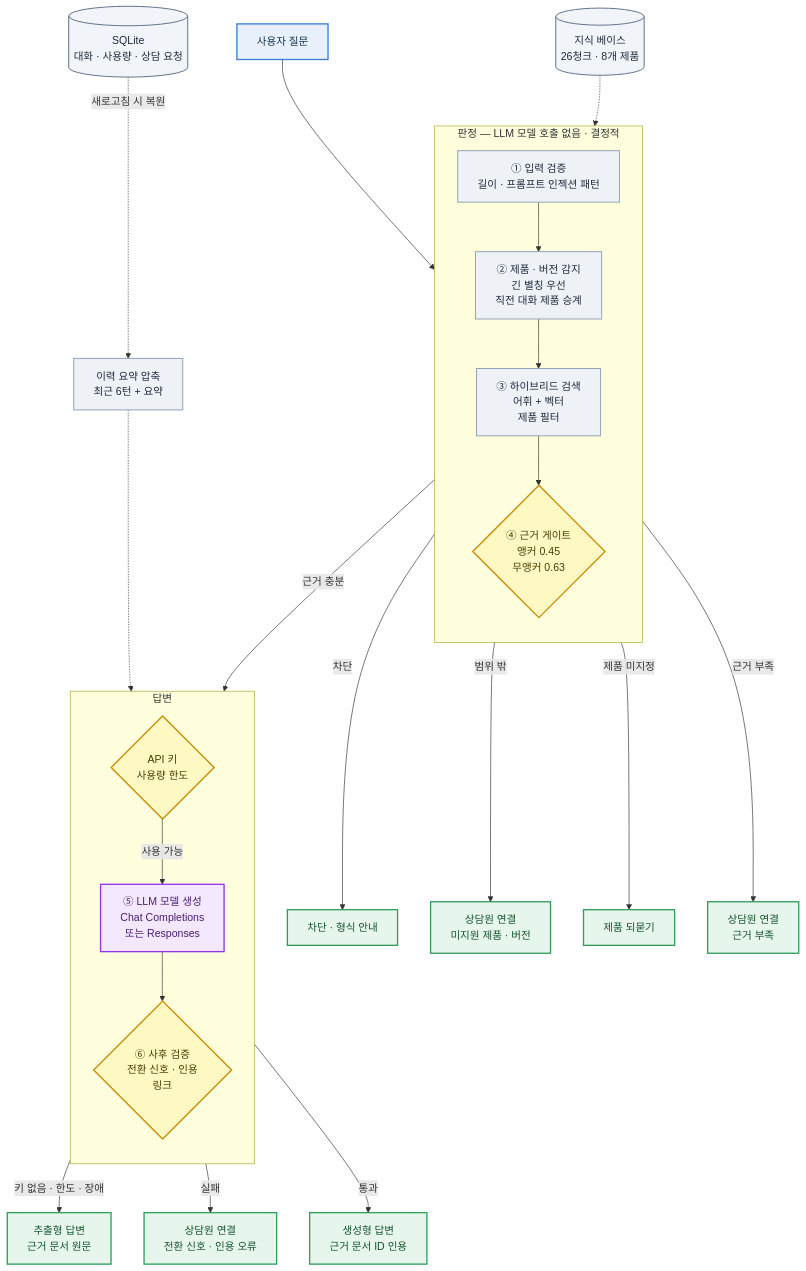
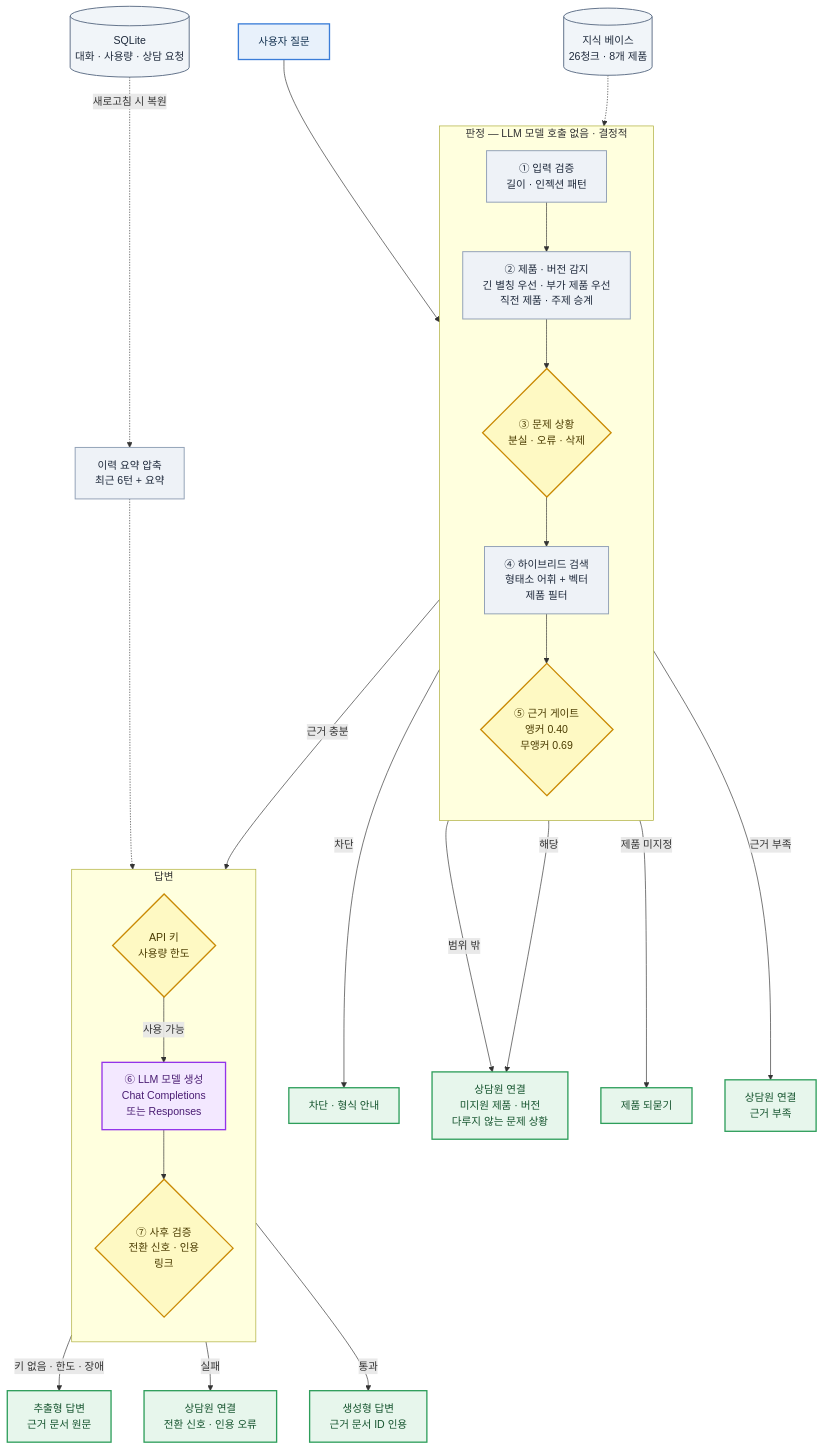
Before and after one commit to minjaejeon0827/test_AI_Assistant: the diagram in docs/diagrams/rag-architecture.mmd, drawn with Mermaid.

Commit message:
docs: rag-architecture.mmd 동작 구조 mermaid 내용 보완

```diff
--- a/docs/diagrams/rag-architecture.mmd
+++ b/docs/diagrams/rag-architecture.mmd
@@ -1,53 +1,56 @@
 flowchart TB
     classDef user fill:#E8F1FB,stroke:#3B7DD8,stroke-width:2px,color:#12304F
     classDef app fill:#EEF2F7,stroke:#94A3B8,stroke-width:1.5px,color:#1E293B
     classDef store fill:#F1F5F9,stroke:#64748B,stroke-width:1.5px,color:#1E293B
     classDef decision fill:#FEF9C3,stroke:#CA8A04,stroke-width:2px,color:#4A3B00
     classDef ai fill:#F3E8FF,stroke:#9333EA,stroke-width:2px,color:#4A1D73
     classDef out fill:#E7F6EC,stroke:#2E9E5B,stroke-width:2px,color:#14532D
 
     Q["사용자 질문"]:::user
     KB[("지식 베이스<br/>26청크 · 8개 제품")]:::store
 
     subgraph JUDGE["판정 — LLM 모델 호출 없음 · 결정적"]
         direction TB
-        G1["① 입력 검증<br/>길이 · 프롬프트 인젝션 패턴"]:::app
-        DET["② 제품 · 버전 감지<br/>긴 별칭 우선<br/>직전 대화 제품 승계"]:::app
-        SR["③ 하이브리드 검색<br/>어휘 + 벡터<br/>제품 필터"]:::app
-        GATE{"④ 근거 게이트<br/>앵커 0.45<br/>무앵커 0.63"}:::decision
+        G1["① 입력 검증<br/>길이 · 인젝션 패턴"]:::app
+        DET["② 제품 · 버전 감지<br/>긴 별칭 우선 · 부가 제품 우선<br/>직전 제품 · 주제 승계"]:::app
+        PB{"③ 문제 상황<br/>분실 · 오류 · 삭제"}:::decision
+        SR["④ 하이브리드 검색<br/>형태소 어휘 + 벡터<br/>제품 필터"]:::app
+        GATE{"⑤ 근거 게이트<br/>앵커 0.40<br/>무앵커 0.69"}:::decision
     end
 
     subgraph ANSWER["답변"]
         direction TB
         KEY{"API 키<br/>사용량 한도"}:::decision
-        LLM["⑤ LLM 모델 생성<br/>Chat Completions<br/>또는 Responses"]:::ai
-        PC{"⑥ 사후 검증<br/>전환 신호 · 인용<br/>링크"}:::decision
+        LLM["⑥ LLM 모델 생성<br/>Chat Completions<br/>또는 Responses"]:::ai
+        PC{"⑦ 사후 검증<br/>전환 신호 · 인용<br/>링크"}:::decision
     end
 
     BLK["차단 · 형식 안내"]:::out
-    HO1["상담원 연결<br/>미지원 제품 · 버전"]:::out
+    HO1["상담원 연결<br/>미지원 제품 · 버전<br/>다루지 않는 문제 상황"]:::out
     ASK["제품 되묻기"]:::out
     HO2["상담원 연결<br/>근거 부족"]:::out
     EX["추출형 답변<br/>근거 문서 원문"]:::out
     HO3["상담원 연결<br/>전환 신호 · 인용 오류"]:::out
     GEN["생성형 답변<br/>근거 문서 ID 인용"]:::out
     MEM["이력 요약 압축<br/>최근 6턴 + 요약"]:::app
     DB[("SQLite<br/>대화 · 사용량 · 상담 요청")]:::store
 
     Q --> G1
     G1 -->|차단| BLK
     G1 --> DET
     DET -->|범위 밖| HO1
-    DET --> SR
+    DET --> PB
+    PB -->|해당| HO1
+    PB --> SR
     KB -.-> SR
     SR --> GATE
     GATE -->|제품 미지정| ASK
     GATE -->|근거 부족| HO2
     GATE -->|근거 충분| KEY
     KEY -->|키 없음 · 한도 · 장애| EX
     KEY -->|사용 가능| LLM
     MEM -.-> LLM
     LLM --> PC
     PC -->|실패| HO3
     PC -->|통과| GEN
     DB -.->|새로고침 시 복원| MEM
```
